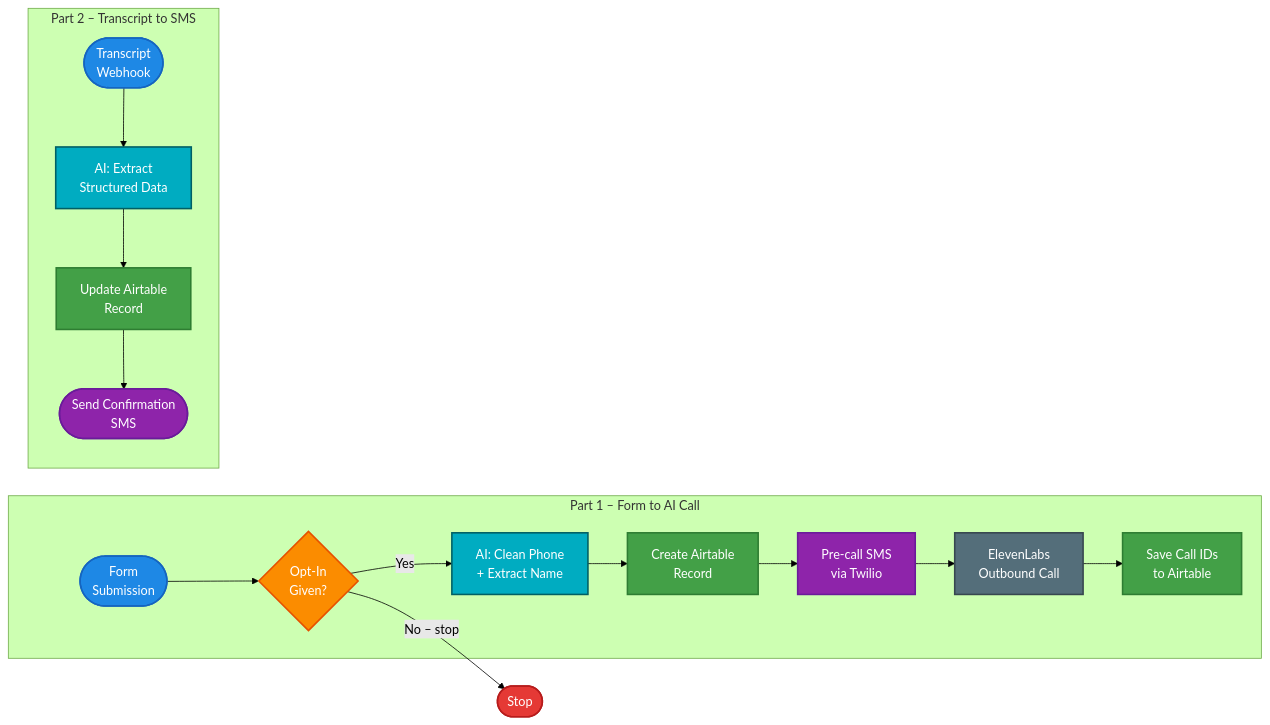
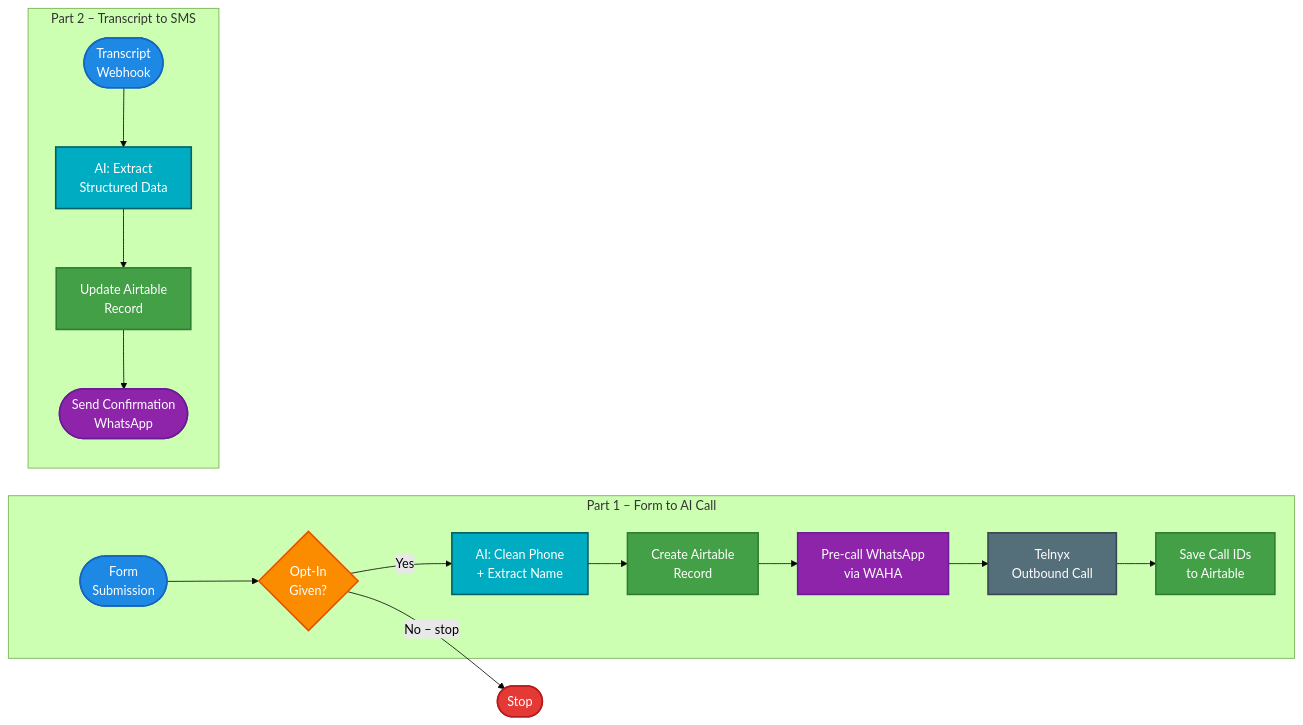
One commit to kameni-immo/kameni-n8n-automation changed the third of 3 diagrams in docs/lead-process.md. Above: the diagram before and after it, drawn with Mermaid (forest theme).

Commit message:
Fix phone flow diagram labels in lead-process.md: Telnyx/WAHA (KAN-42)

````diff
--- a/docs/lead-process.md
+++ b/docs/lead-process.md
@@ -330,34 +330,34 @@
 ```mermaid
 flowchart LR
     classDef trigger  fill:#1E88E5,color:#fff,stroke:#1565C0,stroke-width:2px
     classDef process  fill:#546E7A,color:#fff,stroke:#37474F,stroke-width:2px
     classDef decision fill:#FB8C00,color:#fff,stroke:#E65100,stroke-width:2px
     classDef ai       fill:#00ACC1,color:#fff,stroke:#006064,stroke-width:2px
     classDef save     fill:#43A047,color:#fff,stroke:#2E7D32,stroke-width:2px
     classDef send     fill:#8E24AA,color:#fff,stroke:#6A1B9A,stroke-width:2px
     classDef stop     fill:#E53935,color:#fff,stroke:#B71C1C,stroke-width:2px
 
     subgraph PART1 ["  Part 1 – Form to AI Call  "]
         FM(["Form<br/>Submission"]):::trigger
         OPT{"Opt-In<br/>Given?"}:::decision
         LLM["AI: Clean Phone<br/>+ Extract Name"]:::ai
         CRE["Create Airtable<br/>Record"]:::save
-        SMS["Pre-call SMS<br/>via Twilio"]:::send
-        EL["ElevenLabs<br/>Outbound Call"]:::process
+        SMS["Pre-call WhatsApp<br/>via WAHA"]:::send
+        EL["Telnyx<br/>Outbound Call"]:::process
         UPD["Save Call IDs<br/>to Airtable"]:::save
     end
 
     subgraph PART2 ["  Part 2 – Transcript to SMS  "]
         WH2(["Transcript<br/>Webhook"]):::trigger
         FR["AI: Extract<br/>Structured Data"]:::ai
         UPD1["Update Airtable<br/>Record"]:::save
-        SMS1(["Send Confirmation<br/>SMS"]):::send
+        SMS1(["Send Confirmation<br/>WhatsApp"]):::send
     end
 
     STOP(["Stop"]):::stop
 
     FM --> OPT
     OPT -->|"No – stop"| STOP
     OPT -->|"Yes"| LLM --> CRE --> SMS --> EL --> UPD
     WH2 --> FR --> UPD1 --> SMS1
 ```
````
